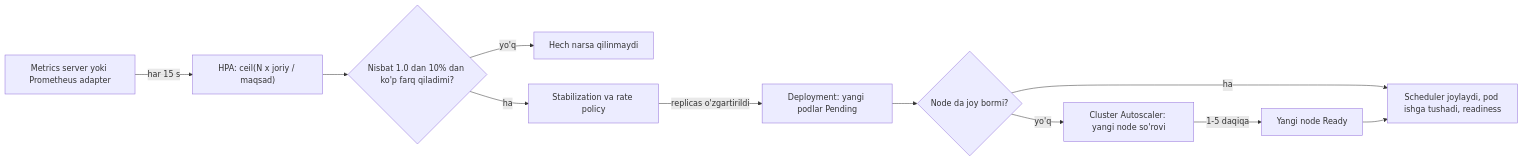
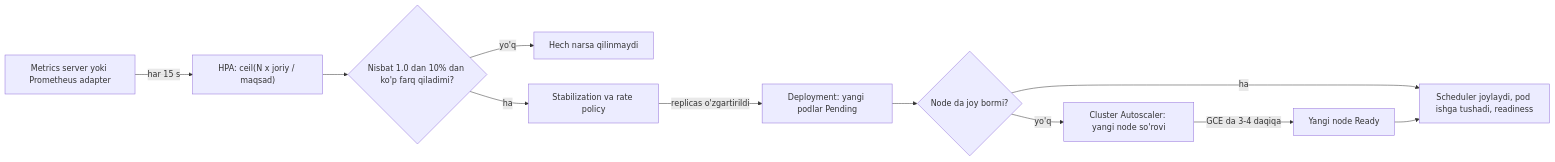
The first of 2 diagrams in content/lessons/076.md (khabibkhanov/systen-design), drawn with Mermaid before and after one commit. The commit also changed other lines of this file and 51 other files, not shown here.

````diff
--- a/content/lessons/076.md
+++ b/content/lessons/076.md
@@ -79,13 +79,13 @@
 ```mermaid
 flowchart LR
   M["Metrics server yoki Prometheus adapter"] -->|"har 15 s"| H["HPA: ceil(N x joriy / maqsad)"]
   H --> T{"Nisbat 1.0 dan 10% dan ko'p farq qiladimi?"}
   T -->|"yo'q"| X["Hech narsa qilinmaydi"]
   T -->|"ha"| S["Stabilization va rate policy"]
   S -->|"replicas o'zgartirildi"| D["Deployment: yangi podlar Pending"]
   D --> F{"Node da joy bormi?"}
   F -->|"ha"| R["Scheduler joylaydi, pod ishga tushadi, readiness"]
   F -->|"yo'q"| CA["Cluster Autoscaler: yangi node so'rovi"]
-  CA -->|"1-5 daqiqa"| N["Yangi node Ready"]
+  CA -->|"GCE da 3-4 daqiqa"| N["Yangi node Ready"]
   N --> R
 ```
````
